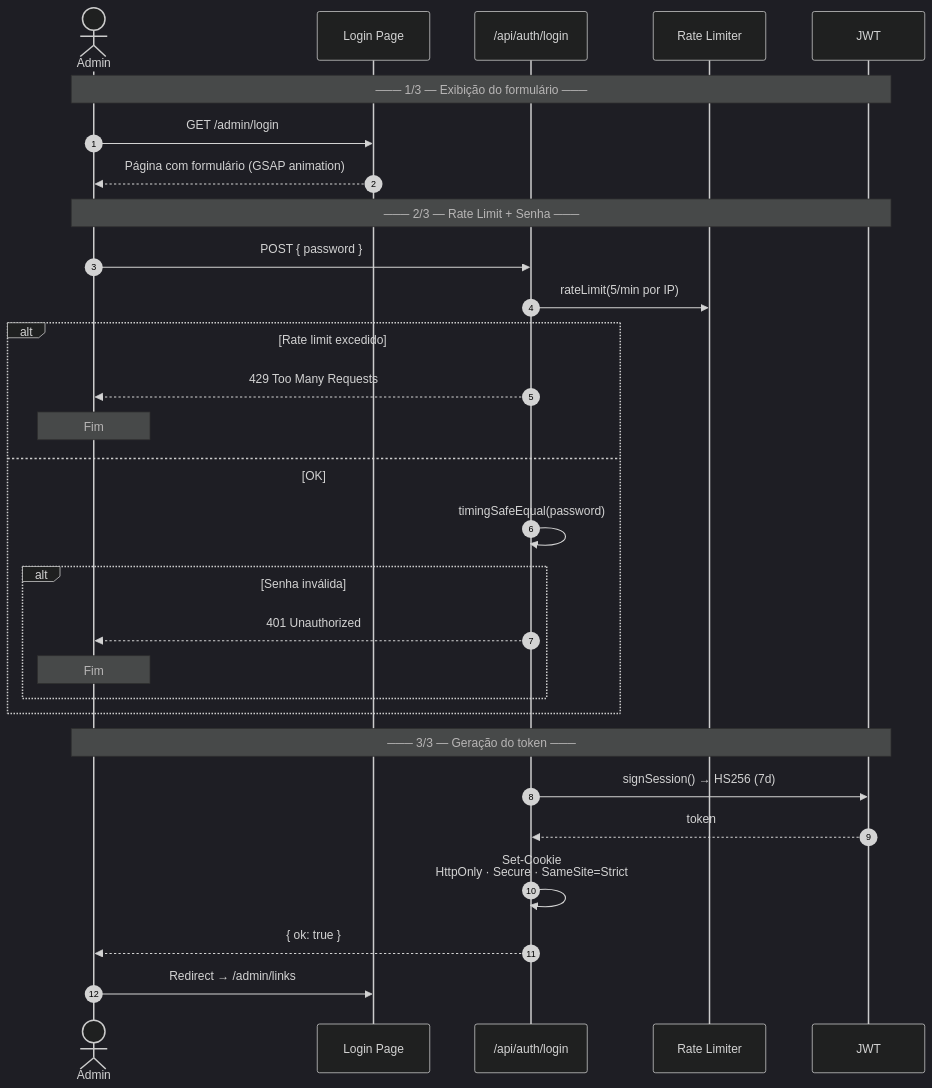
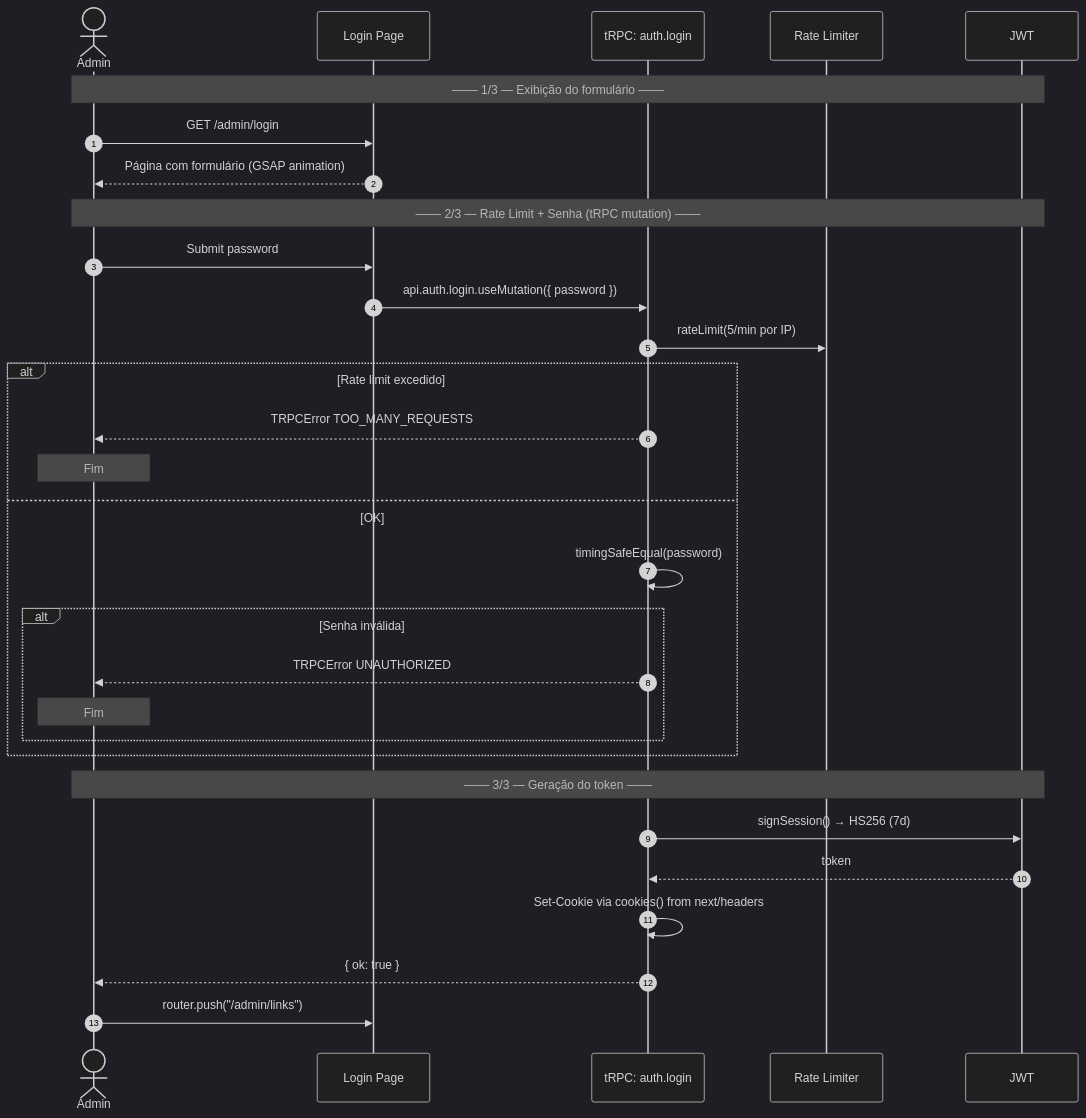
One commit to eduardoaugustolb/encurtador-url changed the second of 5 diagrams in docs/fluxo-de-dados.md. Above: the diagram before and after it, drawn with Mermaid (dark theme). The commit also changed other lines of this file and 79 other files, not shown here.

````diff
--- a/docs/fluxo-de-dados.md
+++ b/docs/fluxo-de-dados.md
@@ -56,35 +56,36 @@
 ```mermaid
 %%{init: {'sequence': {'actorMargin': 60, 'boxMargin': 20}}}%%
 sequenceDiagram
     autonumber
     actor A as Admin
     participant P as Login Page
-    participant API as /api/auth/login
+    participant t as tRPC: auth.login
     participant RL as Rate Limiter
     participant J as JWT
 
     Note over A,J: ─── 1/3 — Exibição do formulário ───
     A->>P: GET /admin/login
     P-->>A: Página com formulário (GSAP animation)
 
-    Note over A,J: ─── 2/3 — Rate Limit + Senha ───
-    A->>API: POST { password }
-    API->>RL: rateLimit(5/min por IP)
+    Note over A,J: ─── 2/3 — Rate Limit + Senha (tRPC mutation) ───
+    A->>P: Submit password
+    P->>t: api.auth.login.useMutation({ password })
+    t->>RL: rateLimit(5/min por IP)
     alt Rate limit excedido
-        API-->>A: 429 Too Many Requests
+        t-->>A: TRPCError TOO_MANY_REQUESTS
         Note over A: Fim
     else OK
-        API->>API: timingSafeEqual(password)
+        t->>t: timingSafeEqual(password)
         alt Senha inválida
-            API-->>A: 401 Unauthorized
+            t-->>A: TRPCError UNAUTHORIZED
             Note over A: Fim
         end
     end
 
     Note over A,J: ─── 3/3 — Geração do token ───
-    API->>J: signSession() → HS256 (7d)
-    J-->>API: token
-    API->>API: Set-Cookie<br/>HttpOnly · Secure · SameSite=Strict
-    API-->>A: { ok: true }
-    A->>P: Redirect → /admin/links
+    t->>J: signSession() → HS256 (7d)
+    J-->>t: token
+    t->>t: Set-Cookie via cookies() from next/headers
+    t-->>A: { ok: true }
+    A->>P: router.push("/admin/links")
 ```
````
